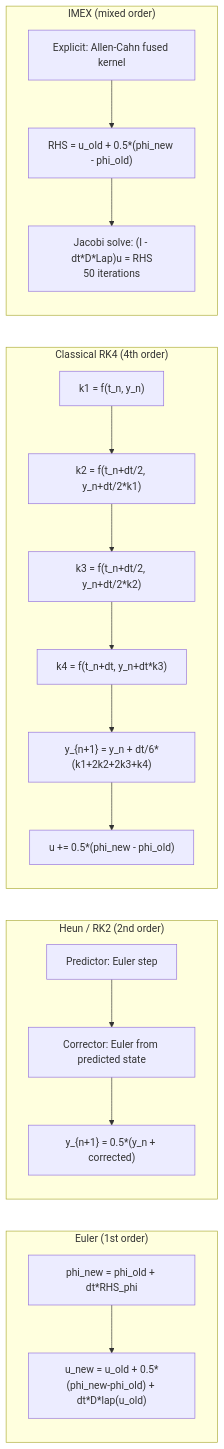
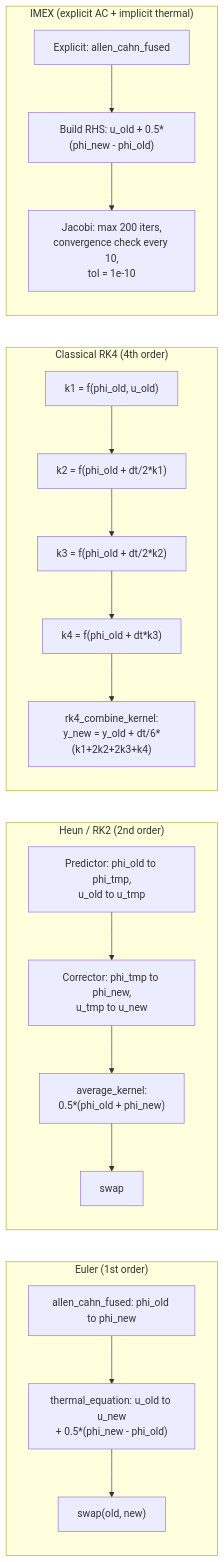
The third of 4 diagrams in README.md (myousefi2016/Allen-Cahn-CUDA), drawn with Mermaid before and after one commit. The commit also changed other lines of this file and 3 other files, not shown here.

First line of the commit message:
Documentation: rewrite README, ARCHITECTURE, DESIGN, THEORY for full code parity

````diff
--- a/README.md
+++ b/README.md
@@ -107,32 +137,33 @@
 ```mermaid
 graph LR
     subgraph Euler["Euler (1st order)"]
-        E1["phi_new = phi_old + dt*RHS_phi"]
-        E2["u_new = u_old + 0.5*(phi_new-phi_old) + dt*D*lap(u_old)"]
-        E1 --> E2
+        E1["allen_cahn_fused: phi_old to phi_new"]
+        E2["thermal_equation: u_old to u_new<br/>+ 0.5*(phi_new - phi_old)"]
+        E3["swap(old, new)"]
+        E1 --> E2 --> E3
     end
 
     subgraph Heun["Heun / RK2 (2nd order)"]
-        H1["Predictor: Euler step"]
-        H2["Corrector: Euler from predicted state"]
-        H3["y_{n+1} = 0.5*(y_n + corrected)"]
-        H1 --> H2 --> H3
+        H1["Predictor: phi_old to phi_tmp,<br/>u_old to u_tmp"]
+        H2["Corrector: phi_tmp to phi_new,<br/>u_tmp to u_new"]
+        H3["average_kernel:<br/>0.5*(phi_old + phi_new)"]
+        H4["swap"]
+        H1 --> H2 --> H3 --> H4
     end
 
     subgraph RK4["Classical RK4 (4th order)"]
-        R1["k1 = f(t_n, y_n)"]
-        R2["k2 = f(t_n+dt/2, y_n+dt/2*k1)"]
-        R3["k3 = f(t_n+dt/2, y_n+dt/2*k2)"]
-        R4["k4 = f(t_n+dt, y_n+dt*k3)"]
-        R5["y_{n+1} = y_n + dt/6*(k1+2k2+2k3+k4)"]
-        R6["u += 0.5*(phi_new - phi_old)"]
-        R1 --> R2 --> R3 --> R4 --> R5 --> R6
+        R1["k1 = f(phi_old, u_old)"]
+        R2["k2 = f(phi_old + dt/2*k1)"]
+        R3["k3 = f(phi_old + dt/2*k2)"]
+        R4["k4 = f(phi_old + dt*k3)"]
+        R5["rk4_combine_kernel:<br/>y_new = y_old + dt/6*(k1+2k2+2k3+k4)"]
+        R1 --> R2 --> R3 --> R4 --> R5
     end
 
-    subgraph IMEX["IMEX (mixed order)"]
-        I1["Explicit: Allen-Cahn fused kernel"]
-        I2["RHS = u_old + 0.5*(phi_new - phi_old)"]
-        I3["Jacobi solve: (I - dt*D*Lap)u = RHS<br/>50 iterations"]
+    subgraph IMEX["IMEX (explicit AC + implicit thermal)"]
+        I1["Explicit: allen_cahn_fused"]
+        I2["Build RHS: u_old + 0.5*(phi_new - phi_old)"]
+        I3["Jacobi: max 200 iters,<br/>convergence check every 10,<br/>tol = 1e-10"]
         I1 --> I2 --> I3
     end
 ```
````
